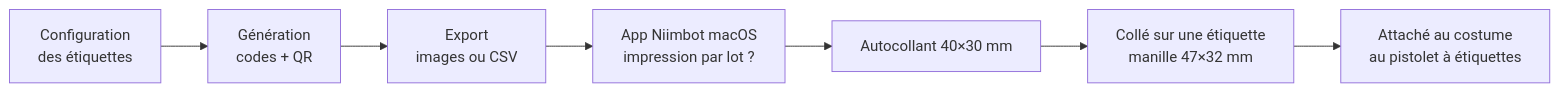
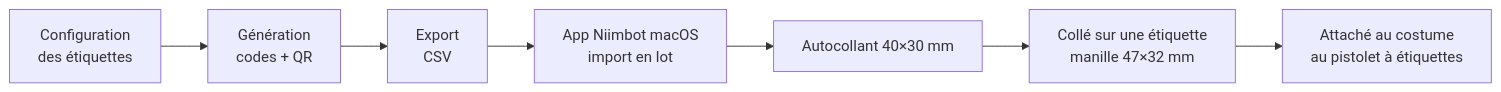
One commit to trash-anger/pandemonium2026 changed the diagram in specs/fonctionnalites/etiquettes-impression.md. Above: the diagram before and after it, drawn with Mermaid. The commit also changed other lines of this file and 33 other files, not shown here.

````diff
--- a/specs/fonctionnalites/etiquettes-impression.md
+++ b/specs/fonctionnalites/etiquettes-impression.md
@@ -33,9 +36,9 @@
 ```mermaid
 flowchart LR
     A[Configuration<br/>des étiquettes] --> B[Génération<br/>codes + QR]
-    B --> C[Export<br/>images ou CSV]
-    C --> D[App Niimbot macOS<br/>impression par lot ?]
+    B --> C[Export<br/>CSV]
+    C --> D[App Niimbot macOS<br/>import en lot]
     D --> E[Autocollant 40×30 mm]
     E --> F[Collé sur une étiquette<br/>manille 47×32 mm]
     F --> G[Attaché au costume<br/>au pistolet à étiquettes]
 ```
````
